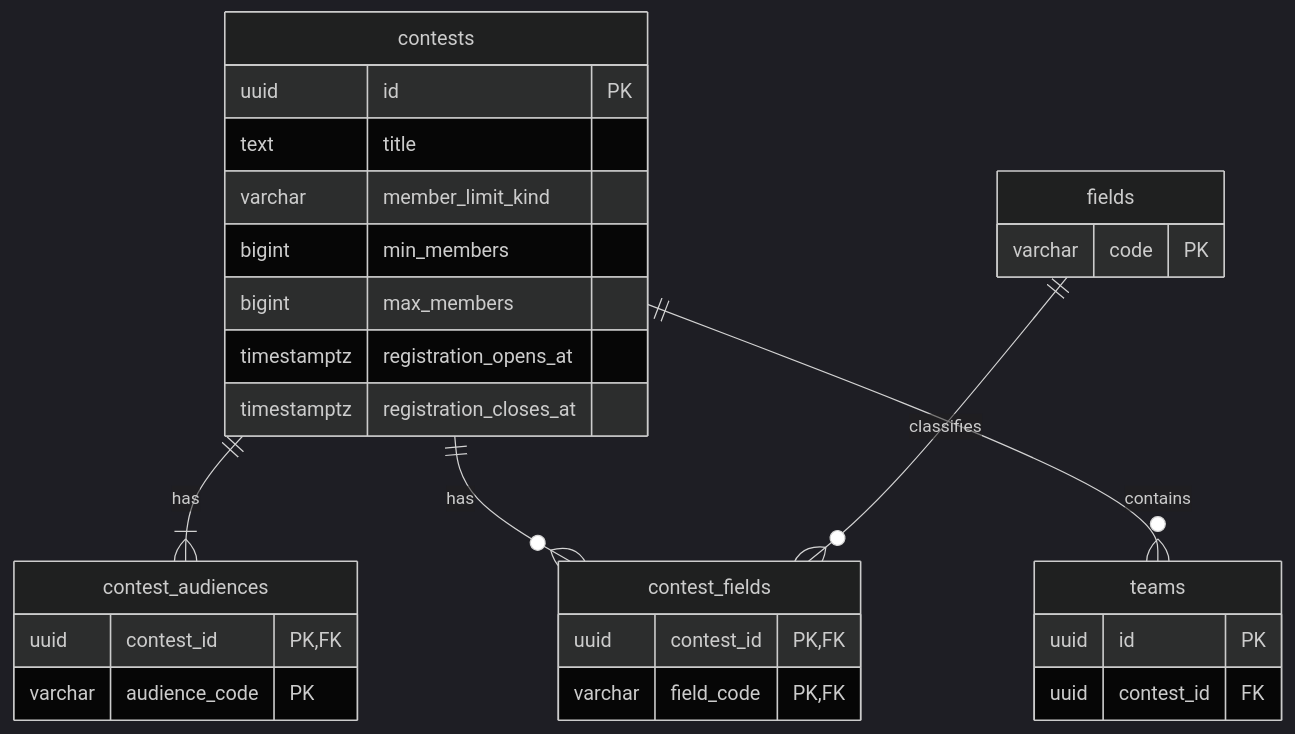
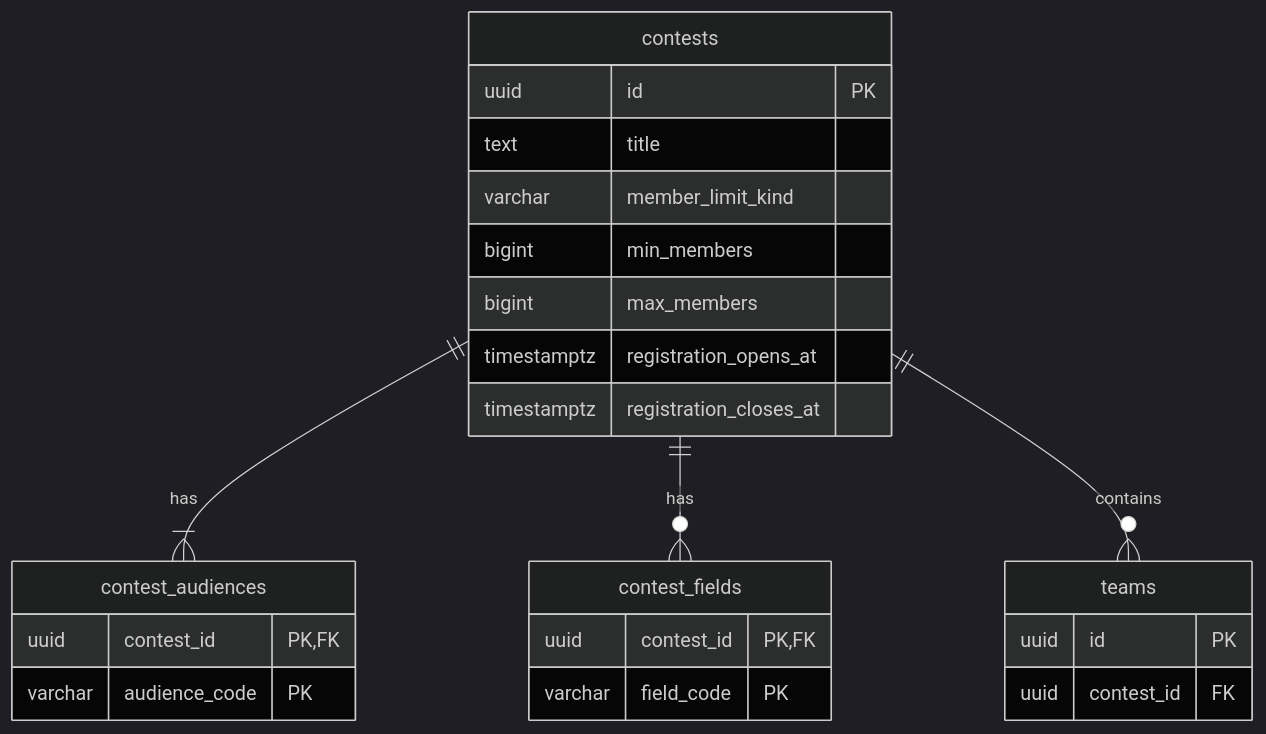
Before and after one commit to wejo-team/sku-dreamon: the diagram in docs/database/contests.md, drawn with Mermaid (dark theme). The commit also changed other lines of this file and 21 other files, not shown here.

Commit message:
docs(database): 선택지와 학사 구조 단순화 및 전체 ERD 추가

````diff
--- a/docs/database/contests.md
+++ b/docs/database/contests.md
@@ -14,31 +14,27 @@
 ```mermaid
 erDiagram
   contests ||--|{ contest_audiences : has
   contests ||--o{ contest_fields : has
-  fields ||--o{ contest_fields : classifies
   contests ||--o{ teams : contains
   contests {
     uuid id PK
     text title
     varchar member_limit_kind
     bigint min_members
     bigint max_members
     timestamptz registration_opens_at
     timestamptz registration_closes_at
   }
   contest_audiences {
     uuid contest_id PK,FK
     varchar audience_code PK
   }
   contest_fields {
     uuid contest_id PK,FK
-    varchar field_code PK,FK
-  }
-  fields {
-    varchar code PK
+    varchar field_code PK
   }
   teams {
     uuid id PK
     uuid contest_id FK
   }
 ```
````
